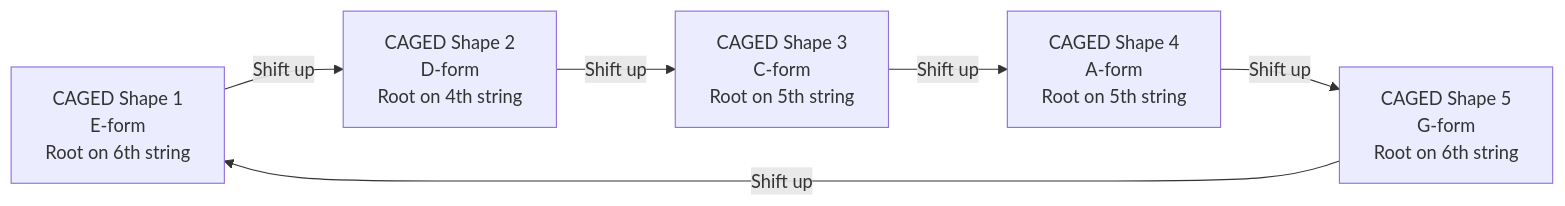
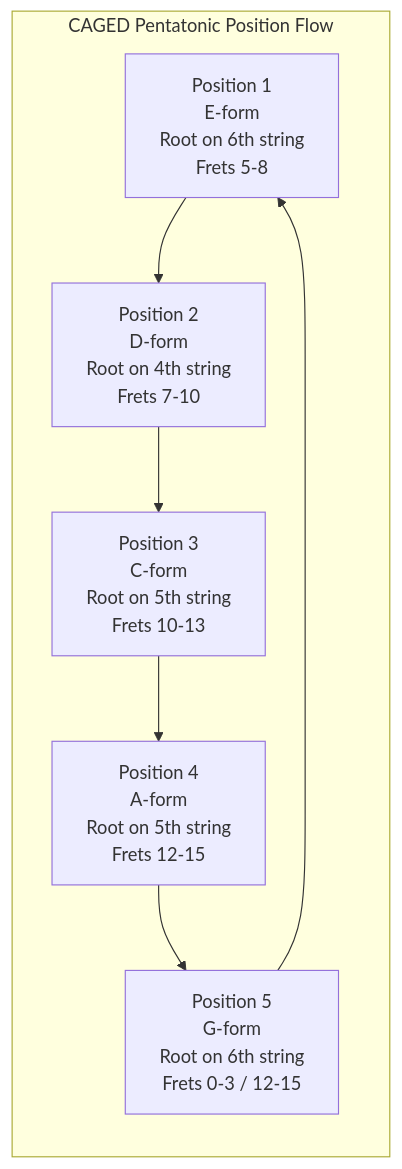
One commit to blebleblee/synapse changed the first of 3 diagrams in topics/arts/music_performance/electric_guitar/lesson_03_pentatonic_modes_and_blues_phrasing.md. Above: the diagram before and after it, drawn with Mermaid. The commit also changed other lines of this file and 3 other files, not shown here.

````diff
--- a/topics/arts/music_performance/electric_guitar/lesson_03_pentatonic_modes_and_blues_phrasing.md
+++ b/topics/arts/music_performance/electric_guitar/lesson_03_pentatonic_modes_and_blues_phrasing.md
@@ -47,8 +23,10 @@
 ```mermaid
 graph LR
-    A["CAGED Shape 1<br/>E-form<br/>Root on 6th string"] -->|"Shift up"| B["CAGED Shape 2<br/>D-form<br/>Root on 4th string"]
-    B -->|"Shift up"| C["CAGED Shape 3<br/>C-form<br/>Root on 5th string"]
-    C -->|"Shift up"| D["CAGED Shape 4<br/>A-form<br/>Root on 5th string"]
-    D -->|"Shift up"| E["CAGED Shape 5<br/>G-form<br/>Root on 6th string"]
-    E -->|"Shift up"| A
+    subgraph sub_caged ["CAGED Pentatonic Position Flow"]
+        A["Position 1<br/>E-form<br/>Root on 6th string<br/>Frets 5-8"] --> B["Position 2<br/>D-form<br/>Root on 4th string<br/>Frets 7-10"]
+        B --> C["Position 3<br/>C-form<br/>Root on 5th string<br/>Frets 10-13"]
+        C --> D["Position 4<br/>A-form<br/>Root on 5th string<br/>Frets 12-15"]
+        D --> E["Position 5<br/>G-form<br/>Root on 6th string<br/>Frets 0-3 / 12-15"]
+        E --> A
+    end
 ```
````
